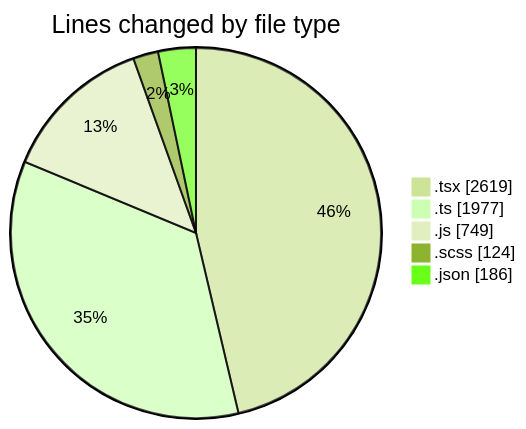
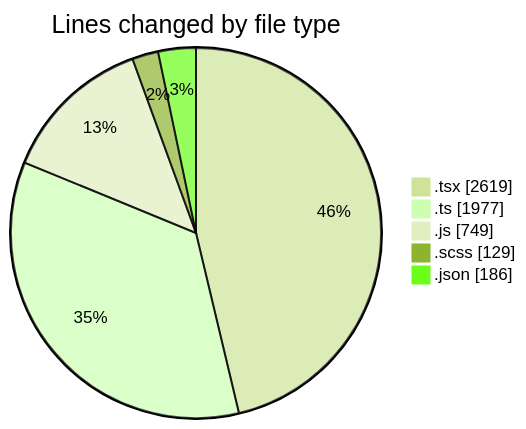
Before and after one commit to momahboobian/code-tracking: the first of 2 diagrams in 2026-06-11/cda/README.md, drawn with Mermaid (forest theme). The commit also changed other lines of this file and 1 other file, not shown here.

````diff
--- a/2026-06-11/cda/README.md
+++ b/2026-06-11/cda/README.md
@@ -54,9 +54,9 @@
 ```mermaid
 pie showData
 title Lines changed by file type
 ".tsx" : 2619
 ".ts" : 1977
 ".js" : 749
-".scss" : 124
+".scss" : 129
 ".json" : 186
 ```
````
